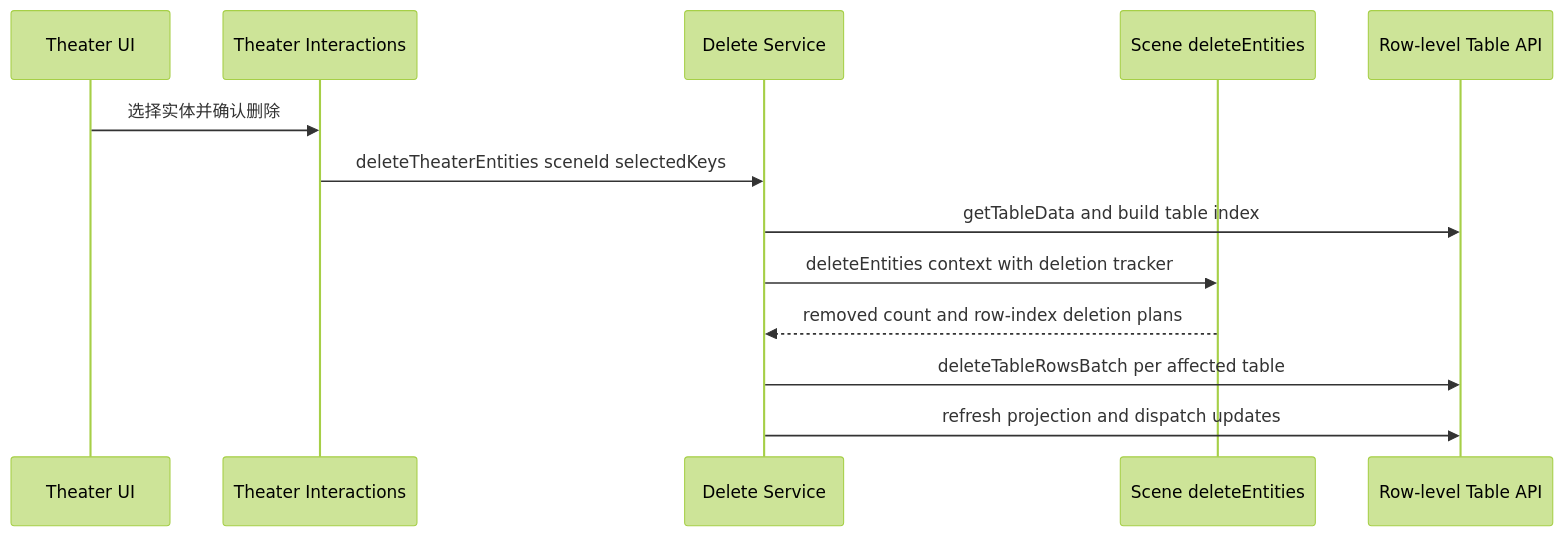
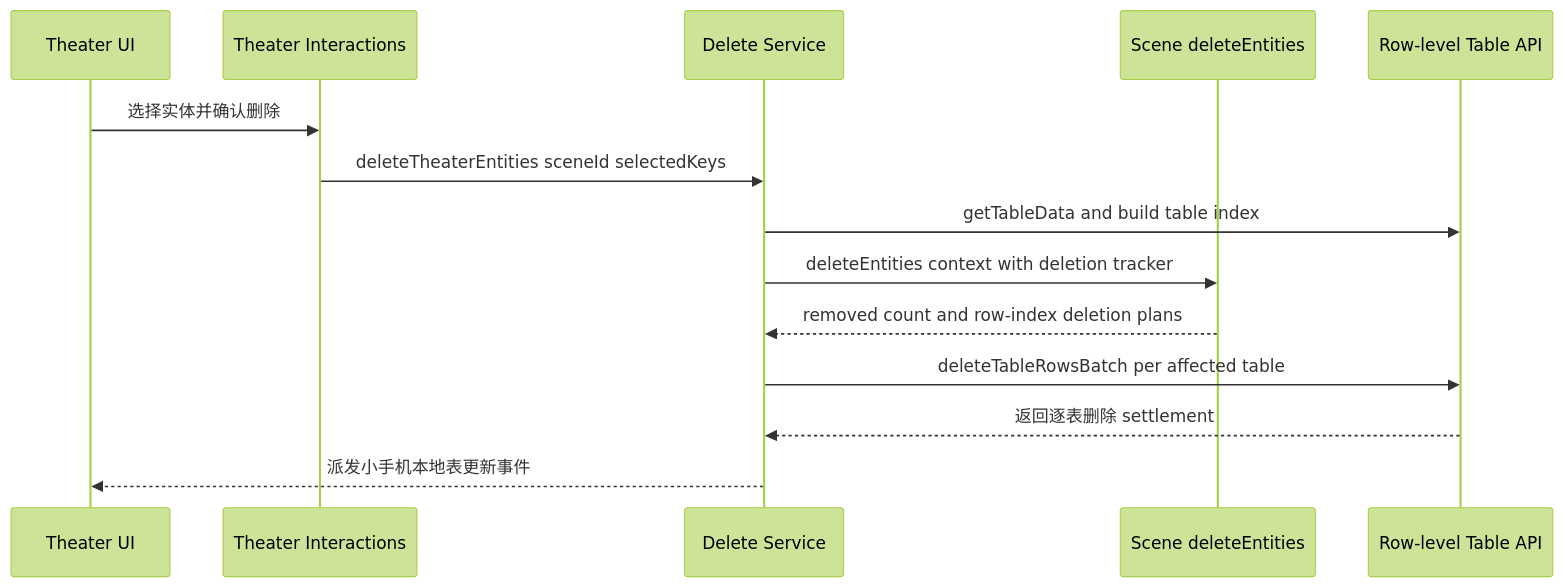
Before and after one commit to mike020020/st-yuzi-phone: the sixth of 11 diagrams in docs/architecture-guide.md, drawn with Mermaid (forest theme). The commit also changed other lines of this file and 116 other files, not shown here.

````diff
--- a/docs/architecture-guide.md
+++ b/docs/architecture-guide.md
@@ -815,16 +878,17 @@
 ```mermaid
 sequenceDiagram
   participant UI as Theater UI
   participant Interaction as Theater Interactions
   participant Service as Delete Service
   participant Scene as Scene deleteEntities
   participant Data as Row-level Table API
 
   UI->>Interaction: 选择实体并确认删除
   Interaction->>Service: deleteTheaterEntities sceneId selectedKeys
   Service->>Data: getTableData and build table index
   Service->>Scene: deleteEntities context with deletion tracker
   Scene-->>Service: removed count and row-index deletion plans
   Service->>Data: deleteTableRowsBatch per affected table
-  Service->>Data: refresh projection and dispatch updates
+  Data-->>Service: 返回逐表删除 settlement
+  Service-->>UI: 派发小手机本地表更新事件
 ```
````
